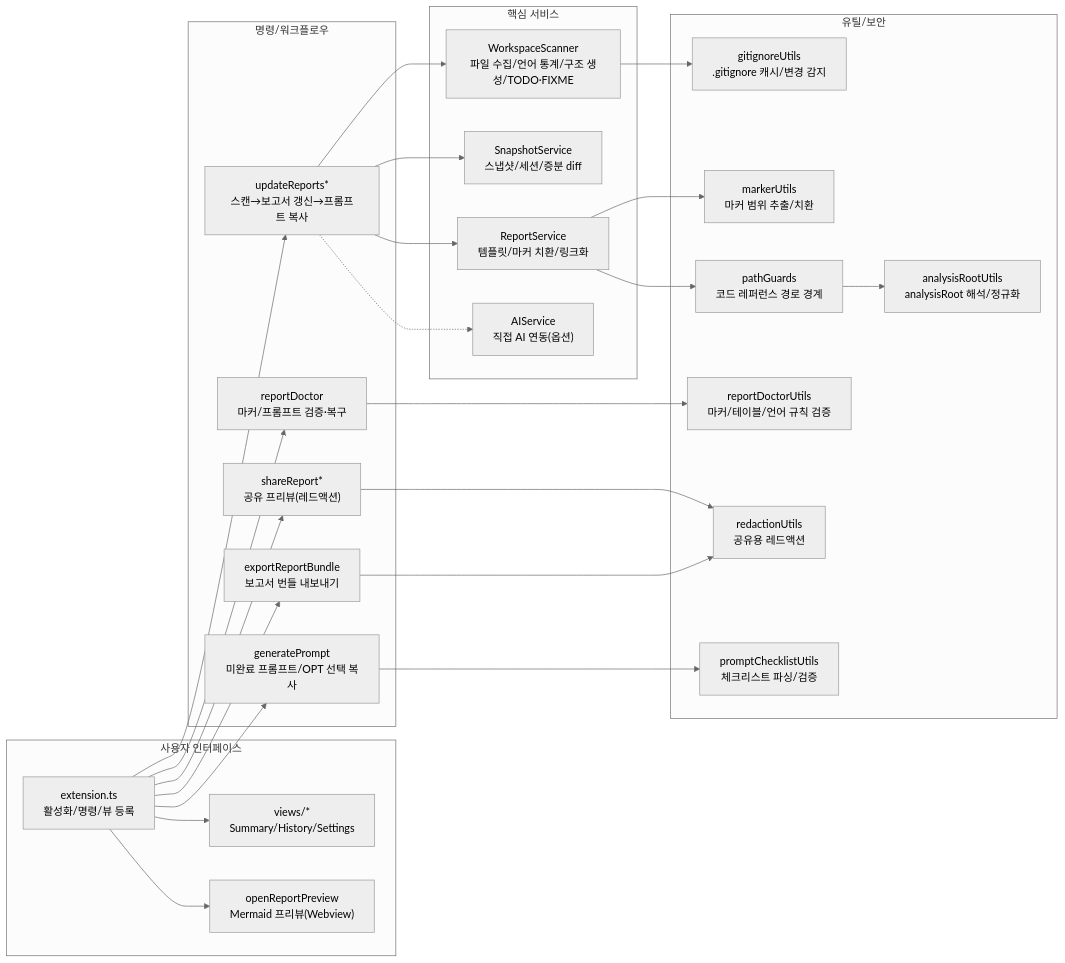
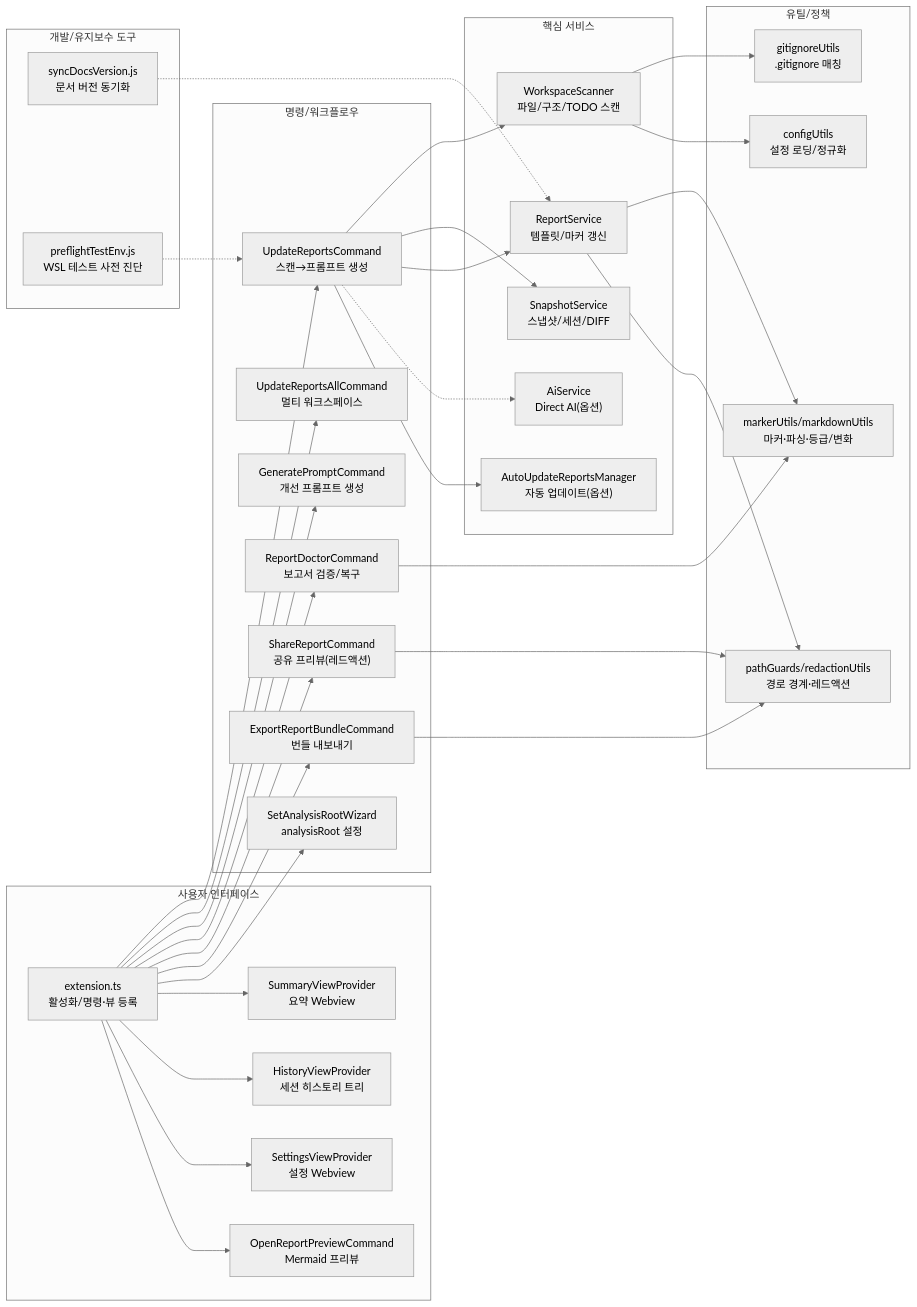
One commit to Stankjedi/projectmanager changed the diagram in devplan/Project_Evaluation_Report.md. Above: the diagram before and after it, drawn with Mermaid (neutral theme). The commit also changed other lines of this file and 41 other files, not shown here.

````diff
--- a/devplan/Project_Evaluation_Report.md
+++ b/devplan/Project_Evaluation_Report.md
@@ -67,56 +85,68 @@
 ```mermaid
 flowchart LR
     subgraph UI["사용자 인터페이스"]
-        Ext["extension.ts<br/>활성화/명령/뷰 등록"]
-        Views["views/*<br/>Summary/History/Settings"]
-        Preview["openReportPreview<br/>Mermaid 프리뷰(Webview)"]
+        Ext["extension.ts<br/>활성화/명령·뷰 등록"]
+        Summary["SummaryViewProvider<br/>요약 Webview"]
+        History["HistoryViewProvider<br/>세션 히스토리 트리"]
+        Settings["SettingsViewProvider<br/>설정 Webview"]
+        Preview["OpenReportPreviewCommand<br/>Mermaid 프리뷰"]
     end
 
     subgraph Commands["명령/워크플로우"]
-        Update["updateReports*<br/>스캔→보고서 갱신→프롬프트 복사"]
-        DoctorCmd["reportDoctor<br/>마커/프롬프트 검증·복구"]
-        Share["shareReport*<br/>공유 프리뷰(레드액션)"]
-        Export["exportReportBundle<br/>보고서 번들 내보내기"]
-        GenPrompt["generatePrompt<br/>미완료 프롬프트/OPT 선택 복사"]
+        Update["UpdateReportsCommand<br/>스캔→프롬프트 생성"]
+        UpdateAll["UpdateReportsAllCommand<br/>멀티 워크스페이스"]
+        GenPrompt["GeneratePromptCommand<br/>개선 프롬프트 생성"]
+        Doctor["ReportDoctorCommand<br/>보고서 검증/복구"]
+        Share["ShareReportCommand<br/>공유 프리뷰(레드액션)"]
+        Export["ExportReportBundleCommand<br/>번들 내보내기"]
+        RootWizard["SetAnalysisRootWizard<br/>analysisRoot 설정"]
     end
 
     subgraph Services["핵심 서비스"]
-        Scanner["WorkspaceScanner<br/>파일 수집/언어 통계/구조 생성/TODO·FIXME"]
-        Snapshot["SnapshotService<br/>스냅샷/세션/증분 diff"]
-        Report["ReportService<br/>템플릿/마커 치환/링크화"]
-        AI["AIService<br/>직접 AI 연동(옵션)"]
+        Scanner["WorkspaceScanner<br/>파일/구조/TODO 스캔"]
+        Snapshot["SnapshotService<br/>스냅샷/세션/DIFF"]
+        ReportSvc["ReportService<br/>템플릿/마커 갱신"]
+        Watcher["AutoUpdateReportsManager<br/>자동 업데이트(옵션)"]
+        AI["AiService<br/>Direct AI(옵션)"]
     end
 
-    subgraph Utils["유틸/보안"]
-        Marker["markerUtils<br/>마커 범위 추출/치환"]
-        Checklist["promptChecklistUtils<br/>체크리스트 파싱/검증"]
-        DoctorUtil["reportDoctorUtils<br/>마커/테이블/언어 규칙 검증"]
-        Guards["pathGuards<br/>코드 레퍼런스 경로 경계"]
-        Root["analysisRootUtils<br/>analysisRoot 해석/정규화"]
-        Redact["redactionUtils<br/>공유용 레드액션"]
-        Gitignore["gitignoreUtils<br/>.gitignore 캐시/변경 감지"]
+    subgraph Utils["유틸/정책"]
+        Markers["markerUtils/markdownUtils<br/>마커·파싱·등급/변화"]
+        Guards["pathGuards/redactionUtils<br/>경로 경계·레드액션"]
+        Gitignore["gitignoreUtils<br/>.gitignore 매칭"]
+        Config["configUtils<br/>설정 로딩/정규화"]
+    end
+
+    subgraph Tooling["개발/유지보수 도구"]
+        DocsSync["syncDocsVersion.js<br/>문서 버전 동기화"]
+        Preflight["preflightTestEnv.js<br/>WSL 테스트 사전 진단"]
     end
 
     Ext --> Update
-    Ext --> DoctorCmd
+    Ext --> UpdateAll
+    Ext --> GenPrompt
+    Ext --> Doctor
     Ext --> Share
     Ext --> Export
-    Ext --> GenPrompt
-    Ext --> Views
+    Ext --> RootWizard
+    Ext --> Summary
+    Ext --> History
+    Ext --> Settings
     Ext --> Preview
 
     Update --> Scanner
     Update --> Snapshot
-    Update --> Report
+    Update --> ReportSvc
     Update -.-> AI
-
-    DoctorCmd --> DoctorUtil
-    GenPrompt --> Checklist
-    Guards --> Root
+    Update --> Watcher
 
     Scanner --> Gitignore
-    Report --> Marker
-    Report --> Guards
-    Share --> Redact
-    Export --> Redact
+    Scanner --> Config
+    ReportSvc --> Markers
+    ReportSvc --> Guards
+    Share --> Guards
+    Export --> Guards
+    Doctor --> Markers
+    Preflight -.-> Update
+    DocsSync -.-> ReportSvc
 ```
````
